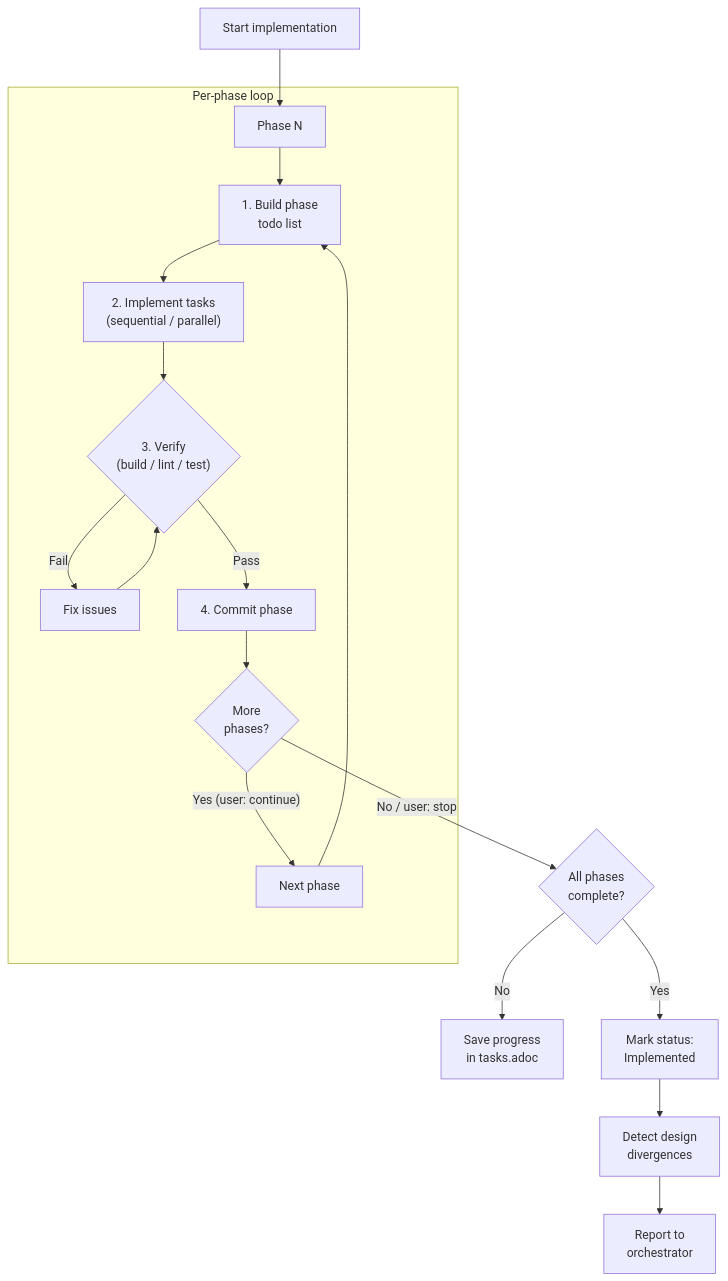
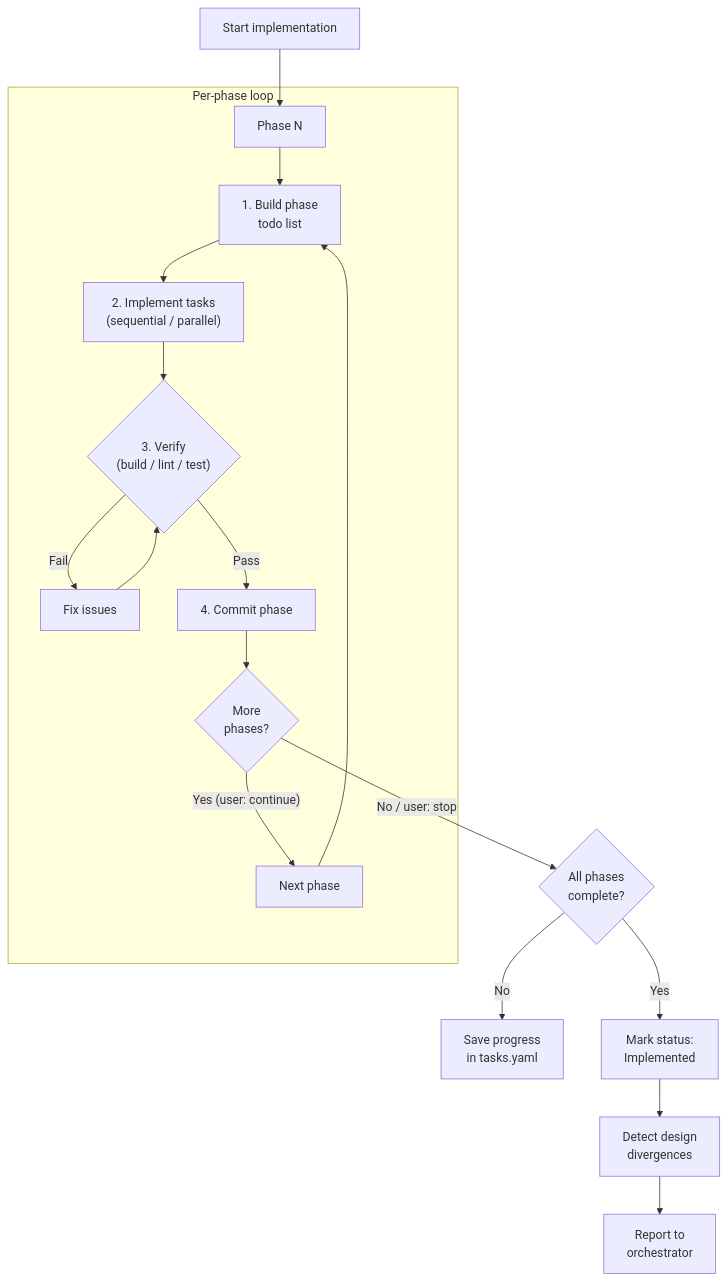
The diagram in skills/needs-implementation/SKILL.md (provenimpact/proven-capability), drawn with Mermaid before and after one commit. The commit also changed other lines of this file and 10 other files, not shown here.

First line of the commit message:
feat: migrate tasks to schema-validated YAML format

````diff
--- a/skills/needs-implementation/SKILL.md
+++ b/skills/needs-implementation/SKILL.md
@@ -86,20 +86,20 @@
 ```mermaid
 flowchart TD
     START["Start implementation"] --> PHASE["Phase N"]
 
     subgraph loop ["Per-phase loop"]
         PHASE --> TODO["1. Build phase<br/>todo list"]
         TODO --> IMPL["2. Implement tasks<br/>(sequential / parallel)"]
         IMPL --> VERIFY{"3. Verify<br/>(build / lint / test)"}
         VERIFY -->|Fail| FIX["Fix issues"] --> VERIFY
         VERIFY -->|Pass| COMMIT["4. Commit phase"]
         COMMIT --> MORE{"More<br/>phases?"}
         MORE -->|"Yes (user: continue)"| NEXT["Next phase"] --> TODO
     end
 
     MORE -->|"No / user: stop"| FINAL{"All phases<br/>complete?"}
-    FINAL -->|No| SAVE["Save progress<br/>in tasks.adoc"]
+    FINAL -->|No| SAVE["Save progress<br/>in tasks.yaml"]
     FINAL -->|Yes| MARK["Mark status:<br/>Implemented"]
     MARK --> DIVERGE["Detect design<br/>divergences"]
     DIVERGE --> REPORT["Report to<br/>orchestrator"]
 ```
````
